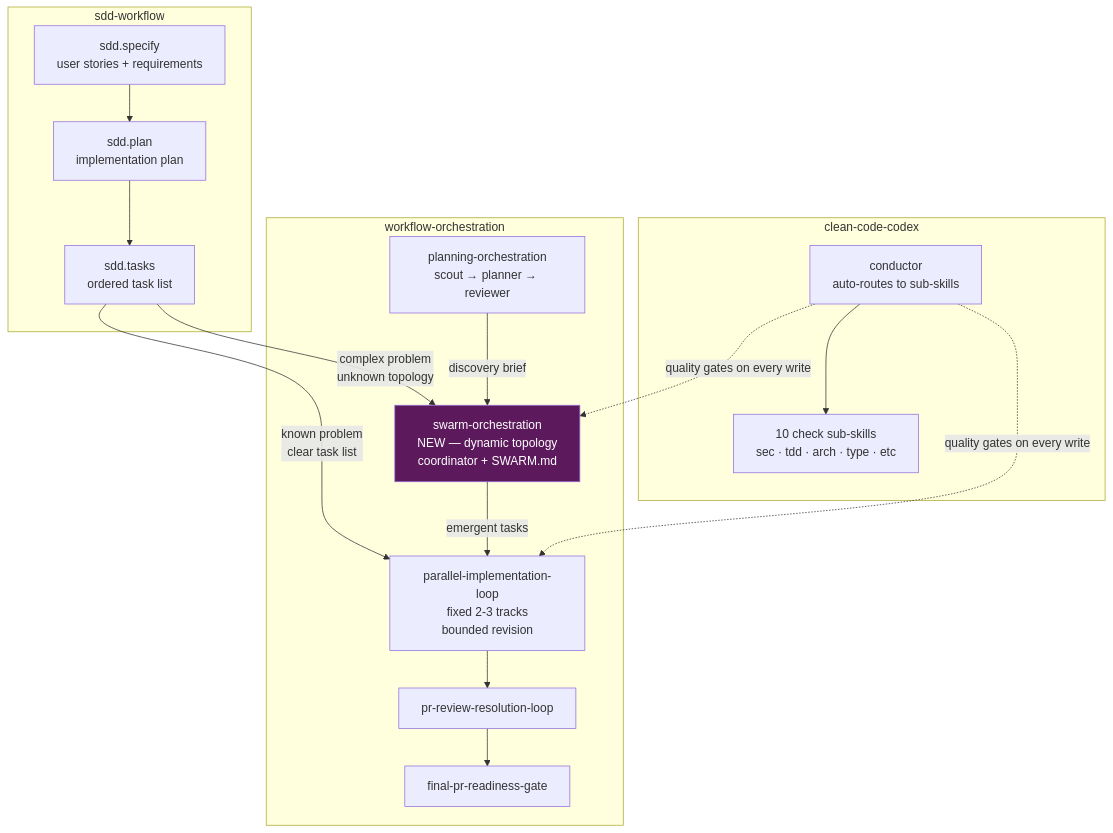
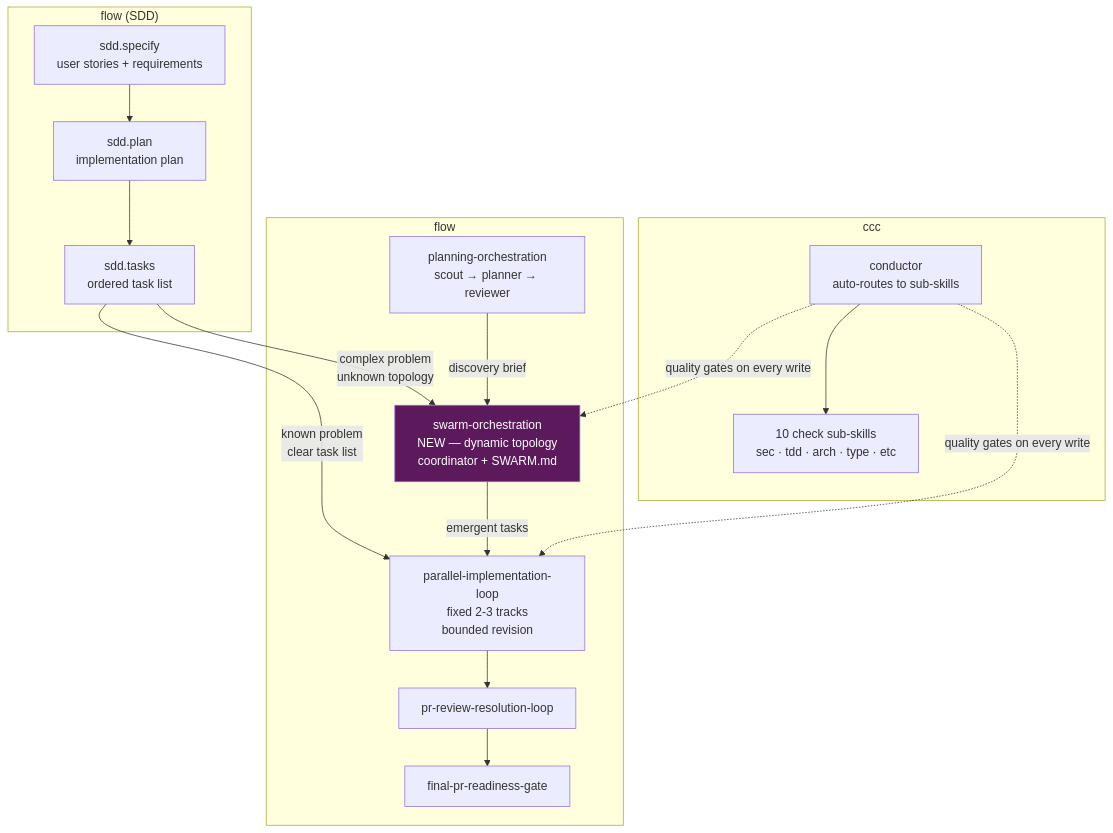
The eighth of 9 diagrams in docs/swarm-orchestration.md (mikecubed/agent-orchestration), drawn with Mermaid before and after one commit. The commit also changed other lines of this file and 222 other files, not shown here.

````diff
--- a/docs/swarm-orchestration.md
+++ b/docs/swarm-orchestration.md
@@ -252,34 +252,34 @@
 ```mermaid
 flowchart TD
-    subgraph SDD["sdd-workflow"]
+    subgraph SDD["flow (SDD)"]
         SDD1["sdd.specify\nuser stories + requirements"]
         SDD2["sdd.plan\nimplementation plan"]
         SDD3["sdd.tasks\nordered task list"]
         SDD1 --> SDD2 --> SDD3
     end
 
-    subgraph WO["workflow-orchestration"]
+    subgraph WO["flow"]
         WO1["planning-orchestration\nscout → planner → reviewer"]
         WO2["swarm-orchestration\nNEW — dynamic topology\ncoordinator + SWARM.md"]
         WO3["parallel-implementation-loop\nfixed 2-3 tracks\nbounded revision"]
         WO4["pr-review-resolution-loop"]
         WO5["final-pr-readiness-gate"]
     end
 
-    subgraph CC["clean-code-codex"]
+    subgraph CC["ccc"]
         CC1["conductor\nauto-routes to sub-skills"]
         CC2["10 check sub-skills\nsec · tdd · arch · type · etc"]
         CC1 --> CC2
     end
 
     SDD3 -->|"known problem\nclear task list"| WO3
     SDD3 -->|"complex problem\nunknown topology"| WO2
     WO1 -->|"discovery brief"| WO2
     WO2 -->|"emergent tasks"| WO3
     WO3 --> WO4 --> WO5
 
     CC1 -.->|"quality gates on every write"| WO2
     CC1 -.->|"quality gates on every write"| WO3
 
     style WO2 fill:#5c1a5c,color:#fff
 ```
````
